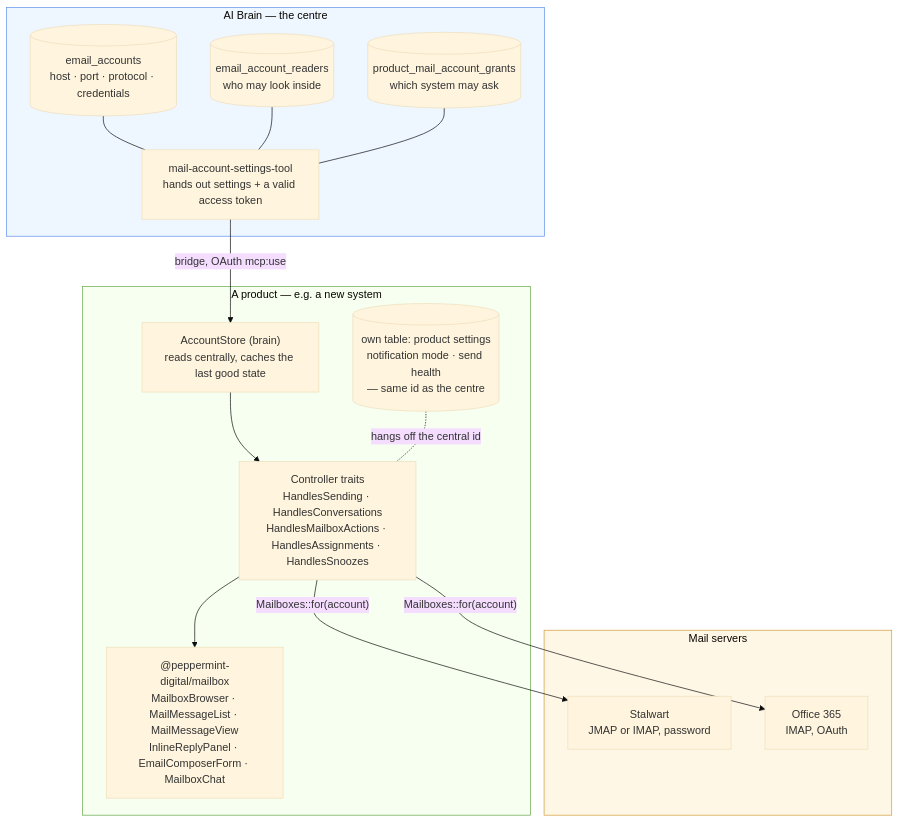
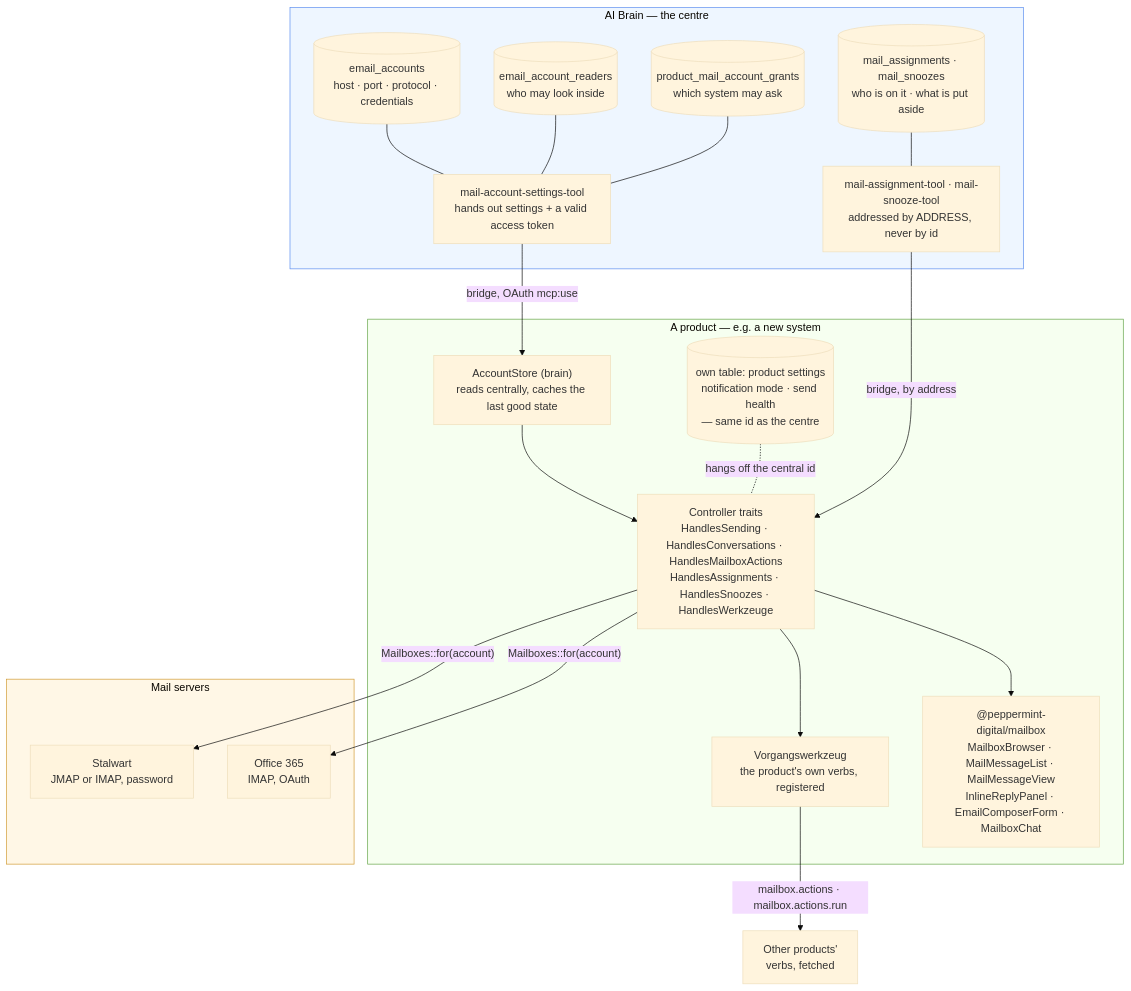
The diagram in docs/INTEGRATION.md (peppermint-digital/mailbox), drawn with Mermaid (base theme) before and after one commit. The commit also changed other lines of this file and 40 other files, not shown here.

````diff
--- a/docs/INTEGRATION.md
+++ b/docs/INTEGRATION.md
@@ -12,35 +12,42 @@
 ```mermaid
 flowchart TB
     subgraph centre["AI Brain — the centre"]
         accounts[("email_accounts<br/>host · port · protocol · credentials")]
         readers[("email_account_readers<br/>who may look inside")]
         grants[("product_mail_account_grants<br/>which system may ask")]
+        state[("mail_assignments · mail_snoozes<br/>who is on it · what is put aside")]
         tool["mail-account-settings-tool<br/>hands out settings + a valid access token"]
+        statetool["mail-assignment-tool · mail-snooze-tool<br/>addressed by ADDRESS, never by id"]
         accounts --- tool
         readers --- tool
         grants --- tool
+        state --- statetool
     end
 
     subgraph product["A product — e.g. a new system"]
         store["AccountStore (brain)<br/>reads centrally, caches the last good state"]
-        traits["Controller traits<br/>HandlesSending · HandlesConversations<br/>HandlesMailboxActions · HandlesAssignments · HandlesSnoozes"]
+        traits["Controller traits<br/>HandlesSending · HandlesConversations · HandlesMailboxActions<br/>HandlesAssignments · HandlesSnoozes · HandlesWerkzeuge"]
         settings[("own table: product settings<br/>notification mode · send health<br/>— same id as the centre")]
+        verbs["Vorgangswerkzeug<br/>the product's own verbs, registered"]
+        traits --> verbs
         ui["@peppermint-digital/mailbox<br/>MailboxBrowser · MailMessageList · MailMessageView<br/>InlineReplyPanel · EmailComposerForm · MailboxChat"]
         store --> traits
         traits --> ui
         settings -. "hangs off the central id" .- traits
     end
 
     subgraph servers["Mail servers"]
         stalwart["Stalwart<br/>JMAP or IMAP, password"]
         o365["Office 365<br/>IMAP, OAuth"]
     end
 
     tool -->|"bridge, OAuth mcp:use"| store
+    statetool -->|"bridge, by address"| traits
+    verbs -->|"mailbox.actions · mailbox.actions.run"| other["Other products'<br/>verbs, fetched"]
     traits -->|"Mailboxes::for(account)"| stalwart
     traits -->|"Mailboxes::for(account)"| o365
 
     style centre fill:#eef6ff,stroke:#5b8def
     style product fill:#f6fff0,stroke:#64a447
     style servers fill:#fff7e6,stroke:#d19a33
 ```
````
